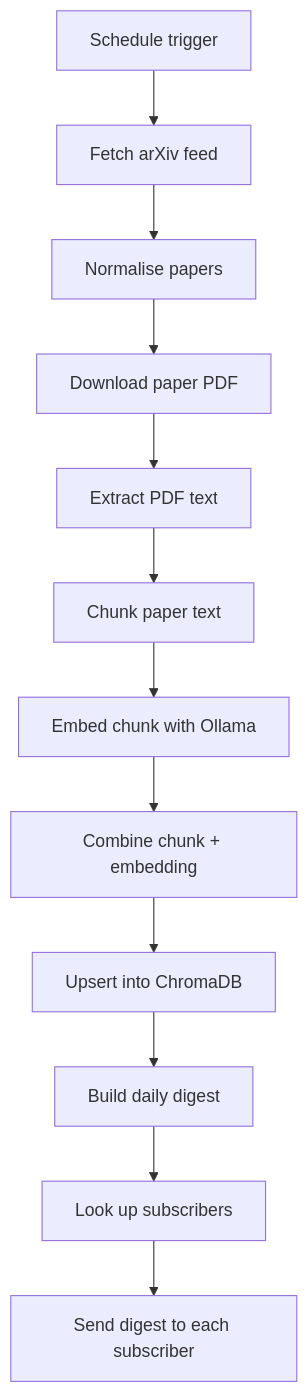
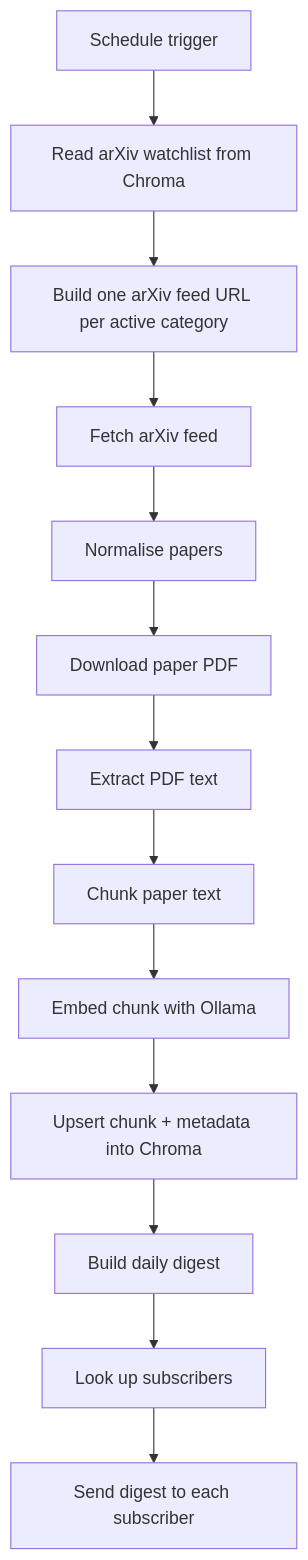
Before and after one commit to Domini-Antithesis/Research-Intelligence: the second of 3 diagrams in README.md, drawn with Mermaid. The commit also changed other lines of this file and 16 other files, not shown here.

````diff
--- a/README.md
+++ b/README.md
@@ -92,14 +111,15 @@
 ```mermaid
 flowchart TD
-    A[Schedule trigger] --> B[Fetch arXiv feed]
-    B --> C[Normalise papers]
-    C --> D[Download paper PDF]
-    D --> E[Extract PDF text]
-    E --> F[Chunk paper text]
-    F --> G[Embed chunk with Ollama]
-    G --> H[Combine chunk + embedding]
-    H --> I[Upsert into ChromaDB]
-    I --> J[Build daily digest]
-    J --> K[Look up subscribers]
-    K --> L[Send digest to each subscriber]
+    A[Schedule trigger] --> B[Read arXiv watchlist from Chroma]
+    B --> C[Build one arXiv feed URL per active category]
+    C --> D[Fetch arXiv feed]
+    D --> E[Normalise papers]
+    E --> F[Download paper PDF]
+    F --> G[Extract PDF text]
+    G --> H[Chunk paper text]
+    H --> I[Embed chunk with Ollama]
+    I --> J[Upsert chunk + metadata into Chroma]
+    J --> K[Build daily digest]
+    K --> L[Look up subscribers]
+    L --> M[Send digest to each subscriber]
 ```
````
